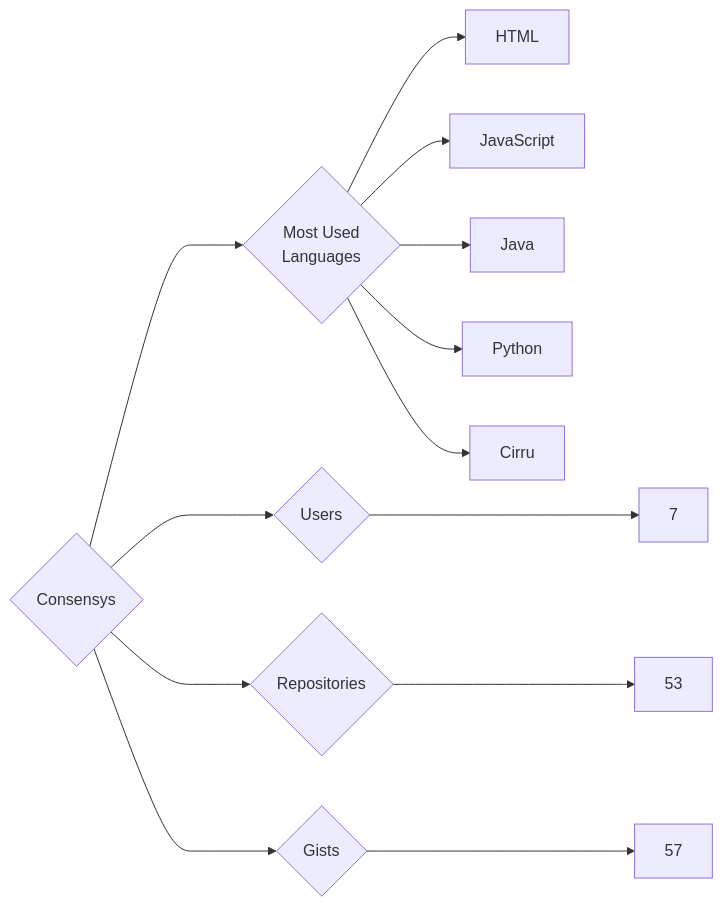
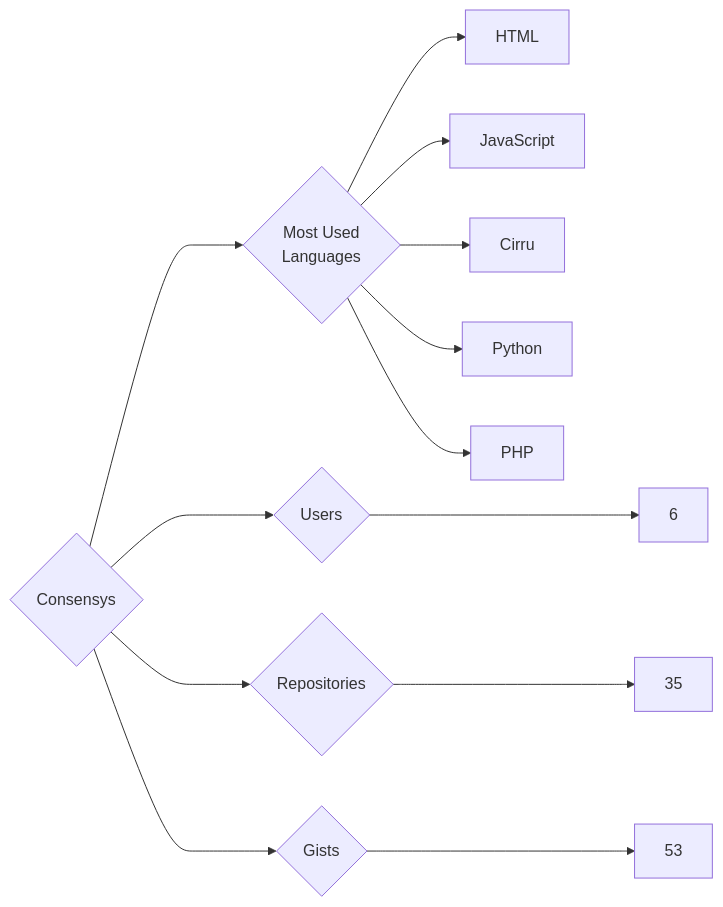
The diagram in targets/Consensys/README.md (trickest/insiders), drawn with Mermaid before and after one commit. The commit also changed 1036 other files, not shown here.

````diff
--- a/targets/Consensys/README.md
+++ b/targets/Consensys/README.md
@@ -3,13 +3,13 @@
 ```mermaid
 graph LR
 COMPANY_NAME{Consensys}
-COMPANY_NAME ---> U{Users} ---> UN[7]
-COMPANY_NAME ---> R{Repositories} ---> RN[53]
-COMPANY_NAME ---> G{Gists} ---> GN[57]
+COMPANY_NAME ---> U{Users} ---> UN[6]
+COMPANY_NAME ---> R{Repositories} ---> RN[35]
+COMPANY_NAME ---> G{Gists} ---> GN[53]
 COMPANY_NAME ---> ML{Most Used<br>Languages}
 ML --> HTML[HTML]
 ML --> JavaScript[JavaScript]
-ML --> Java[Java]
+ML --> Cirru[Cirru]
 ML --> Python[Python]
-ML --> Cirru[Cirru]
+ML --> PHP[PHP]
 ```
````
